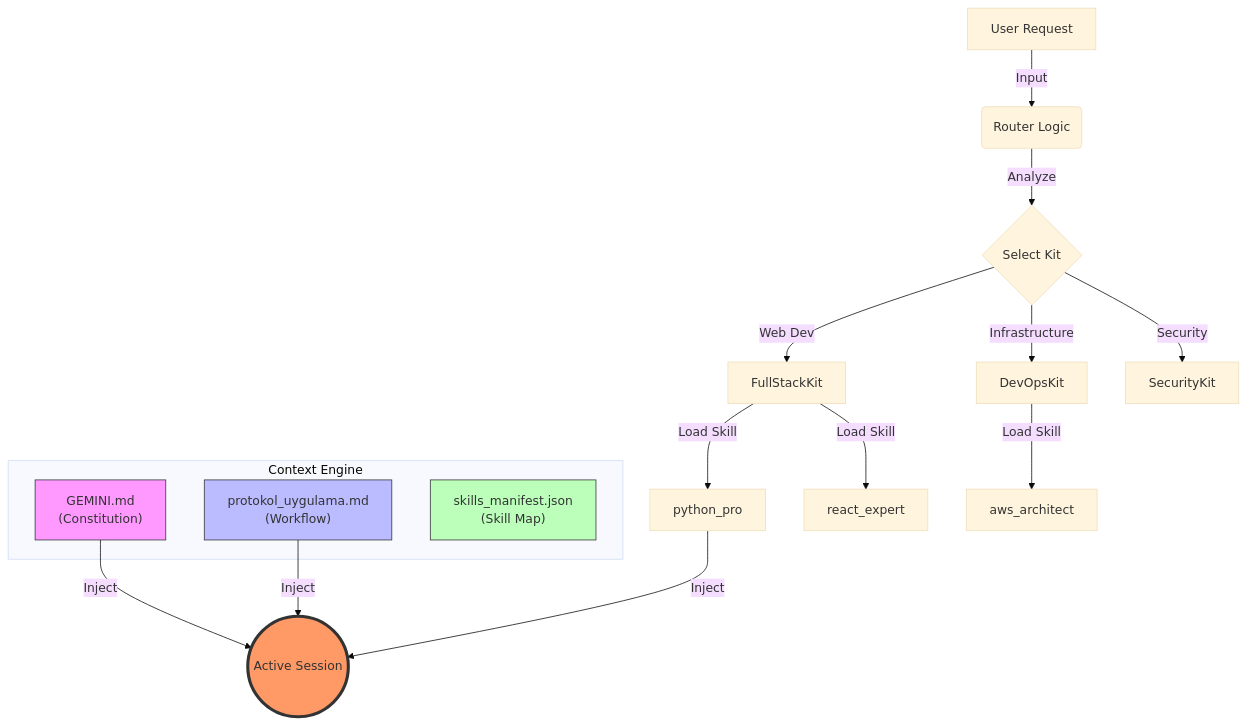
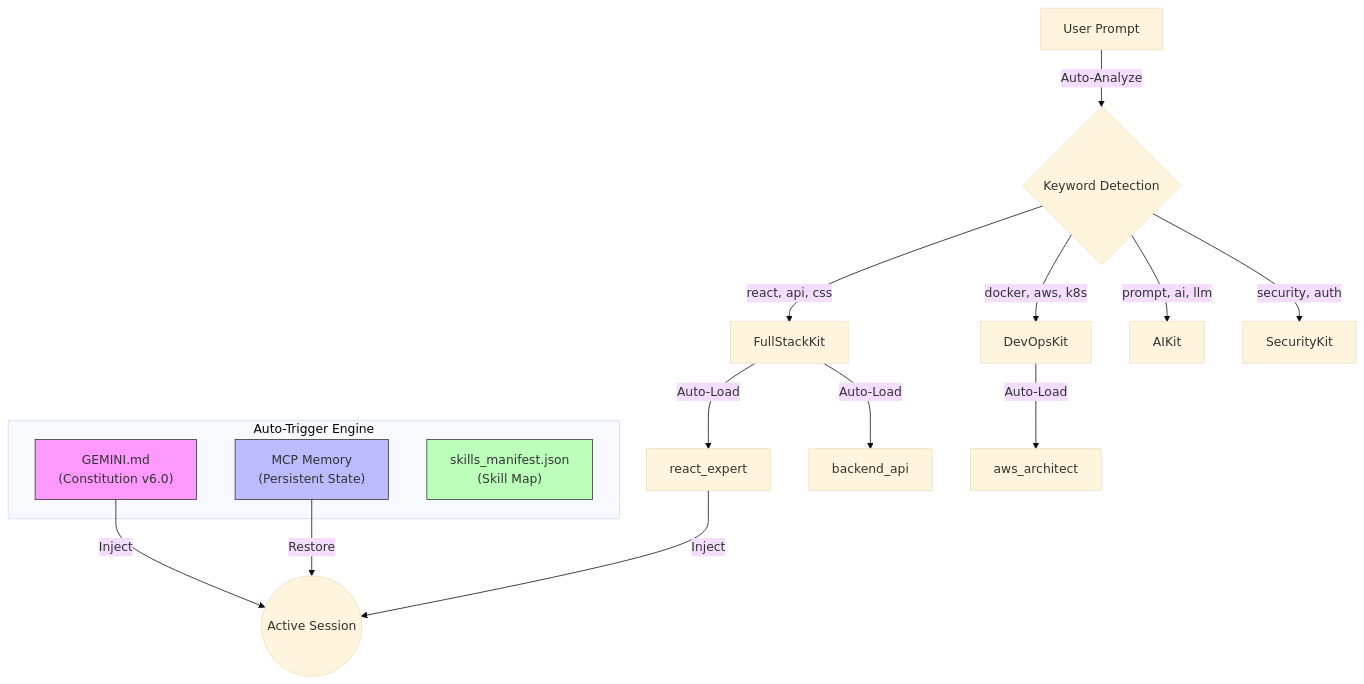
The diagram in README.md (vuralserhat86/antigravity-agentic-skills), drawn with Mermaid (base theme) before and after one commit. The commit also changed other lines of this file, not shown here.

Commit message:
docs: update README.md for v6.0 with auto-trigger system

````diff
--- a/README.md
+++ b/README.md
@@ -16,27 +24,26 @@
 ```mermaid
 graph TD
-    A[User Request] -->|Input| B(Router Logic)
-    B -->|Analyze| C{Select Kit}
-    C -->|Web Dev| D[FullStackKit]
-    C -->|Infrastructure| E[DevOpsKit]
-    C -->|Security| F[SecurityKit]
+    A[User Prompt] -->|Auto-Analyze| B{Keyword Detection}
+    B -->|react, api, css| C[FullStackKit]
+    B -->|docker, aws, k8s| D[DevOpsKit]
+    B -->|prompt, ai, llm| E[AIKit]
+    B -->|security, auth| F[SecurityKit]
     
-    subgraph "Context Engine"
-        G["GEMINI.md<br/>(Constitution)"]
-        H["protokol_uygulama.md<br/>(Workflow)"]
+    subgraph "Auto-Trigger Engine"
+        G["GEMINI.md<br/>(Constitution v6.0)"]
+        H["MCP Memory<br/>(Persistent State)"]
         I["skills_manifest.json<br/>(Skill Map)"]
     end
     
-    D -->|Load Skill| J[python_pro]
-    D -->|Load Skill| K[react_expert]
-    E -->|Load Skill| L[aws_architect]
+    C -->|Auto-Load| J[react_expert]
+    C -->|Auto-Load| K[backend_api]
+    D -->|Auto-Load| L[aws_architect]
     
     G -->|Inject| M((Active Session))
-    H -->|Inject| M
+    H -->|Restore| M
     J -->|Inject| M
     
     style G fill:#f9f,stroke:#333
     style H fill:#bbf,stroke:#333
     style I fill:#bfb,stroke:#333
-    style M fill:#f96,stroke:#333,stroke-width:4px
 ```
````
